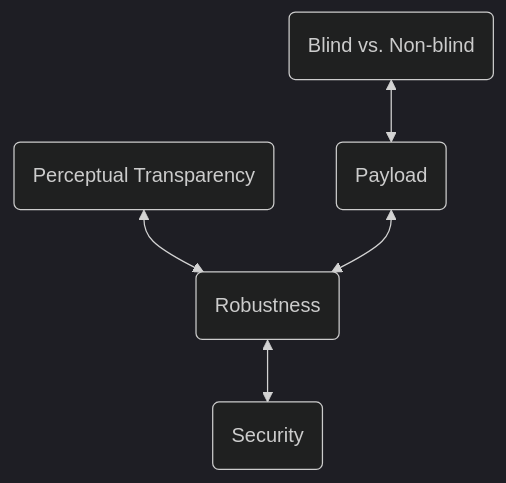
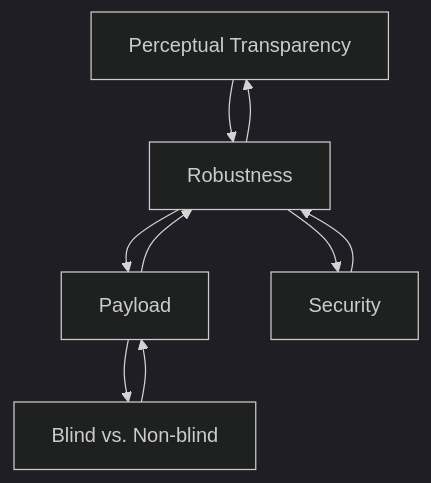
Before and after one commit to F4bbi/my-digital-garden: the diagram in src/site/notes/🎓 University notes (mostly in Italian)/🔒 Multimedia Data Security/Theory/2. Digital Watermarking.md, drawn with Mermaid (dark theme). The commit also changed other lines of this file and 7 other files, not shown here.

````diff
--- a/src/site/notes/🎓 University notes (mostly in Italian)/🔒 Multimedia Data Security/Theory/2. Digital Watermarking.md
+++ b/src/site/notes/🎓 University notes (mostly in Italian)/🔒 Multimedia Data Security/Theory/2. Digital Watermarking.md
@@ -56,7 +56,14 @@
 ```mermaid
 graph TD
-	A("Perceptual Transparency") <--> B("Robustness")
-	C("Payload") <--> B
-	D("Blind vs. Non-blind") <--> C
-	B <--> E("Security")
+    A["Perceptual Transparency"] --> B["Robustness"]
+    B --> A
+
+    C["Payload"] --> B
+    B --> C
+
+    D["Blind vs. Non-blind"] --> C
+    C --> D
+
+    B --> E["Security"]
+    E --> B
 ```
````
